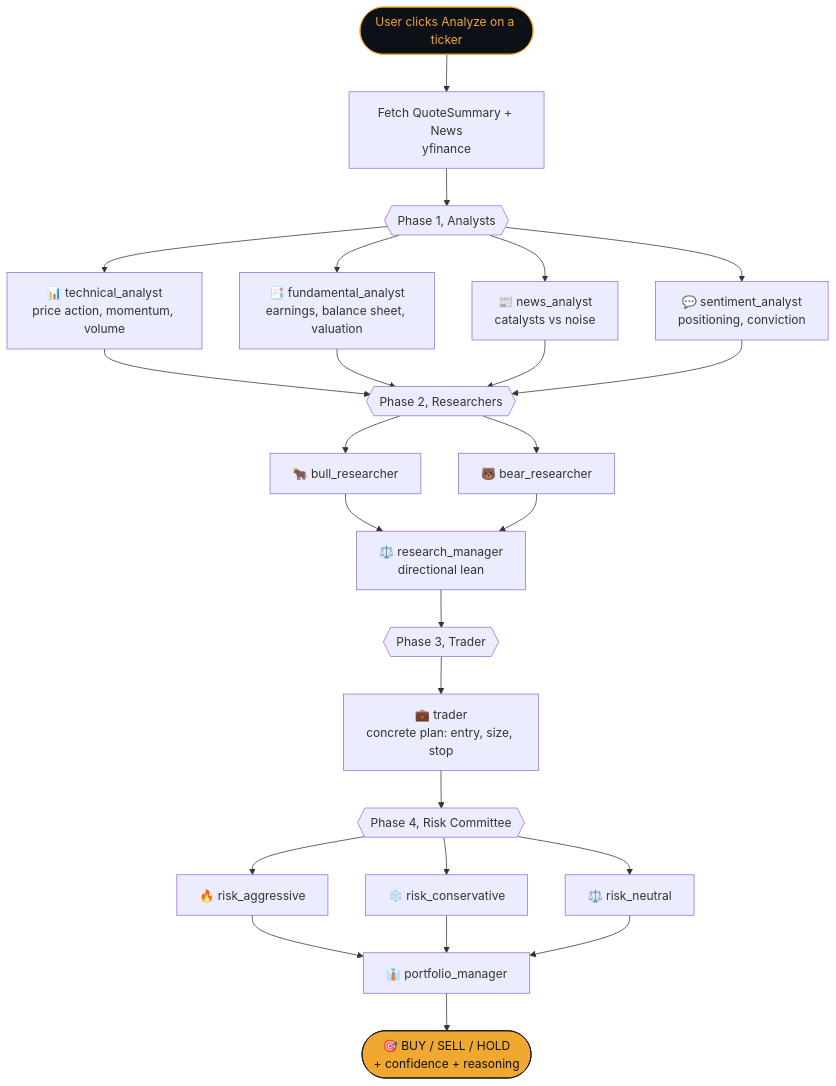
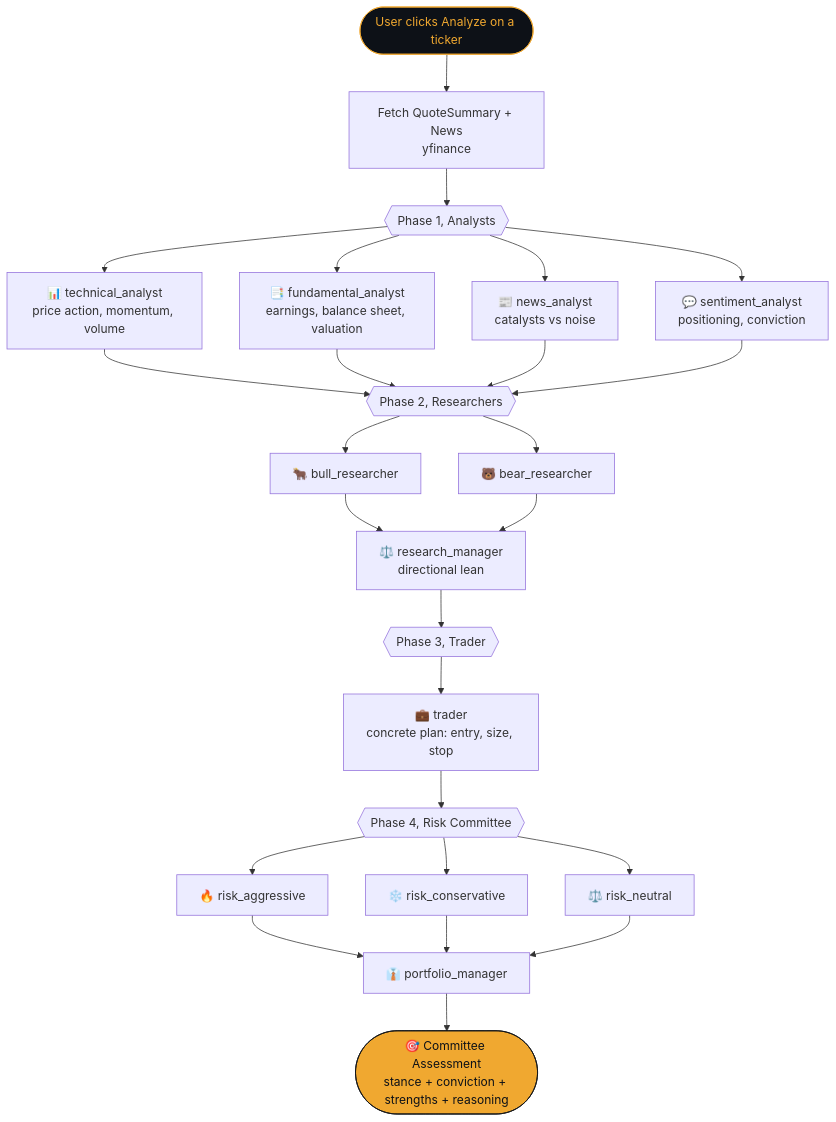
One commit to RBJGlobal/TradingAgentsLab changed the second of 3 diagrams in README.md. Above: the diagram before and after it, drawn with Mermaid. The commit also changed other lines of this file and 65 other files, not shown here.

````diff
--- a/README.md
+++ b/README.md
@@ -138,29 +138,29 @@
 ```mermaid
 flowchart TD
     Start([User clicks Analyze on a ticker]) --> Data[Fetch QuoteSummary + News<br/>yfinance]
 
     Data --> P1{{"Phase 1, Analysts"}}
     P1 --> A1[📊 technical_analyst<br/>price action, momentum, volume]
     P1 --> A2[📑 fundamental_analyst<br/>earnings, balance sheet, valuation]
     P1 --> A3[📰 news_analyst<br/>catalysts vs noise]
     P1 --> A4[💬 sentiment_analyst<br/>positioning, conviction]
 
     A1 & A2 & A3 & A4 --> P2{{"Phase 2, Researchers"}}
     P2 --> R1[🐂 bull_researcher]
     P2 --> R2[🐻 bear_researcher]
     R1 & R2 --> R3[⚖️ research_manager<br/>directional lean]
 
     R3 --> P3{{"Phase 3, Trader"}}
     P3 --> T[💼 trader<br/>concrete plan: entry, size, stop]
 
     T --> P4{{"Phase 4, Risk Committee"}}
     P4 --> RA[🔥 risk_aggressive]
     P4 --> RC[❄️ risk_conservative]
     P4 --> RN[⚖️ risk_neutral]
     RA & RC & RN --> PM[👔 portfolio_manager]
 
-    PM --> Out([🎯 BUY / SELL / HOLD<br/>+ confidence + reasoning])
+    PM --> Out([🎯 Committee Assessment<br/>stance + conviction + strengths + reasoning])
 
     style Out fill:#f0a830,stroke:#0d1117,color:#0d1117
     style Start fill:#0d1117,stroke:#f0a830,color:#f0a830
 ```
````
